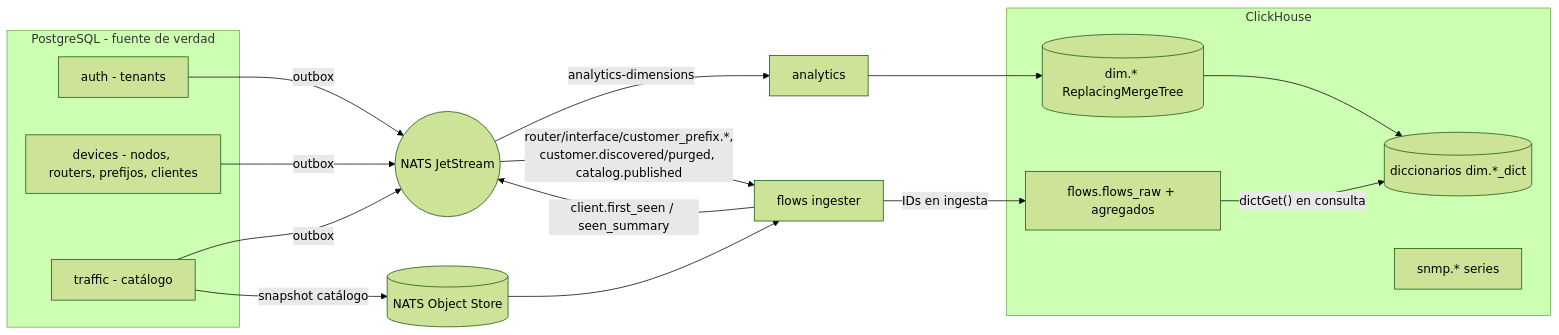
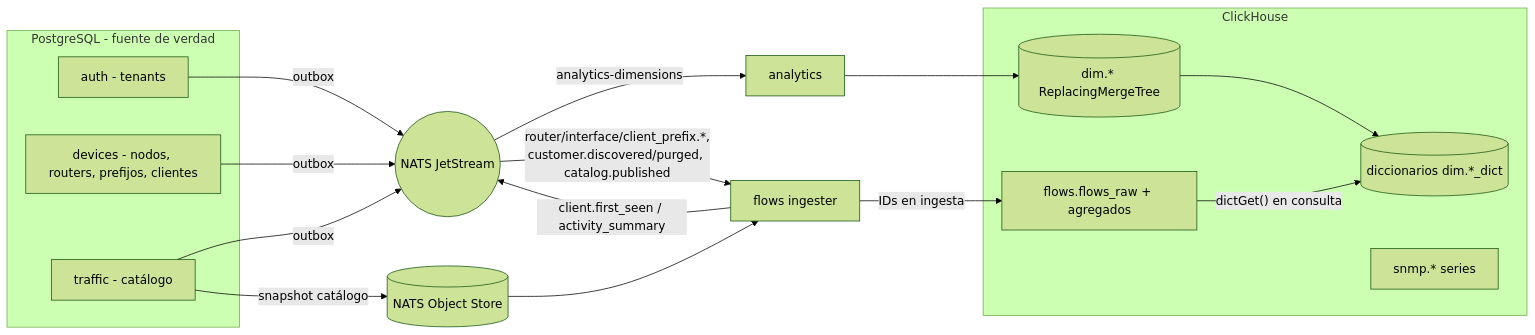
Before and after one commit to HCDestroyer/horus-flow: the fourth of 4 diagrams in docs/database.md, drawn with Mermaid (forest theme). The commit also changed other lines of this file and 3 other files, not shown here.

````diff
--- a/docs/database.md
+++ b/docs/database.md
@@ -437,26 +437,26 @@
 ```mermaid
 flowchart LR
   subgraph PG[PostgreSQL - fuente de verdad]
     A[auth - tenants]
     D[devices - nodos, routers, prefijos, clientes]
     T[traffic - catálogo]
   end
   NATS((NATS JetStream))
   A -- outbox --> NATS
   D -- outbox --> NATS
   T -- outbox --> NATS
   T -- "snapshot catálogo" --> OS[(NATS Object Store)]
   subgraph CH[ClickHouse]
     DIM[(dim.* ReplacingMergeTree)]
     DICT[(diccionarios dim.*_dict)]
     F[flows.flows_raw + agregados]
     S[snmp.* series]
   end
   NATS -- "analytics-dimensions" --> AN[analytics] --> DIM
   DIM --> DICT
-  NATS -- "router/interface/customer_prefix.*,<br/>customer.discovered/purged, catalog.published" --> ING[flows ingester]
+  NATS -- "router/interface/client_prefix.*,<br/>customer.discovered/purged, catalog.published" --> ING[flows ingester]
   OS --> ING
-  ING -- "client.first_seen / seen_summary" --> NATS
+  ING -- "client.first_seen / activity_summary" --> NATS
   ING -- "IDs en ingesta" --> F
   F -- "dictGet() en consulta" --> DICT
 ```
````
